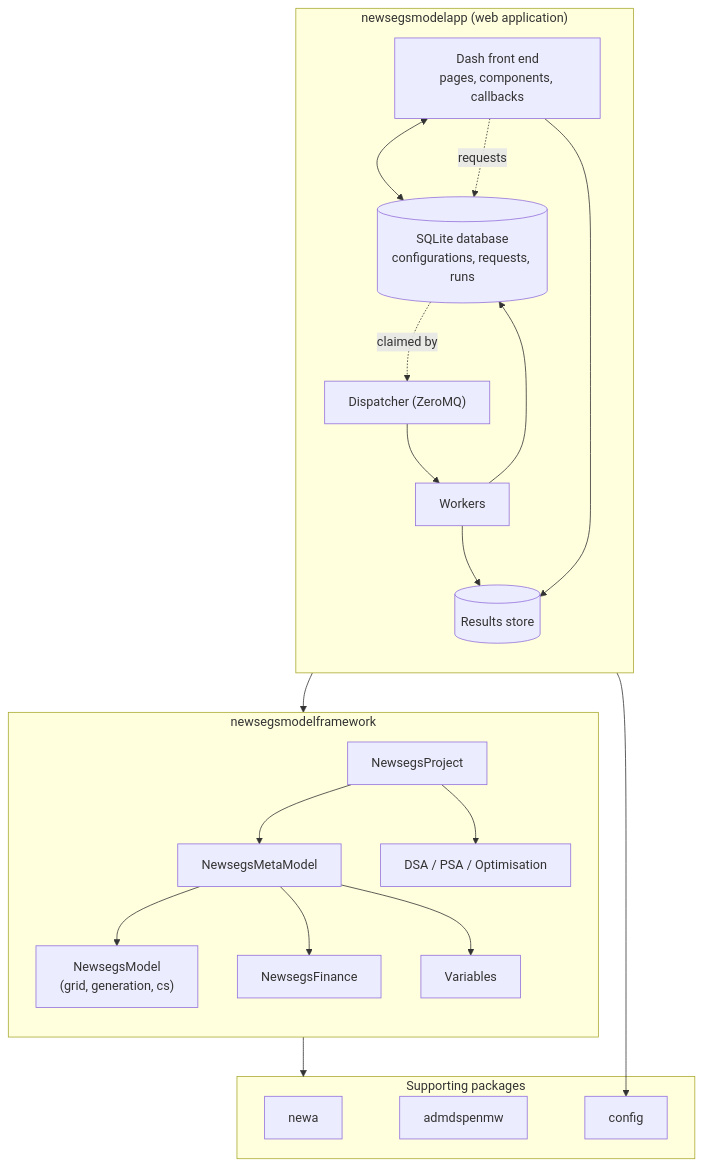
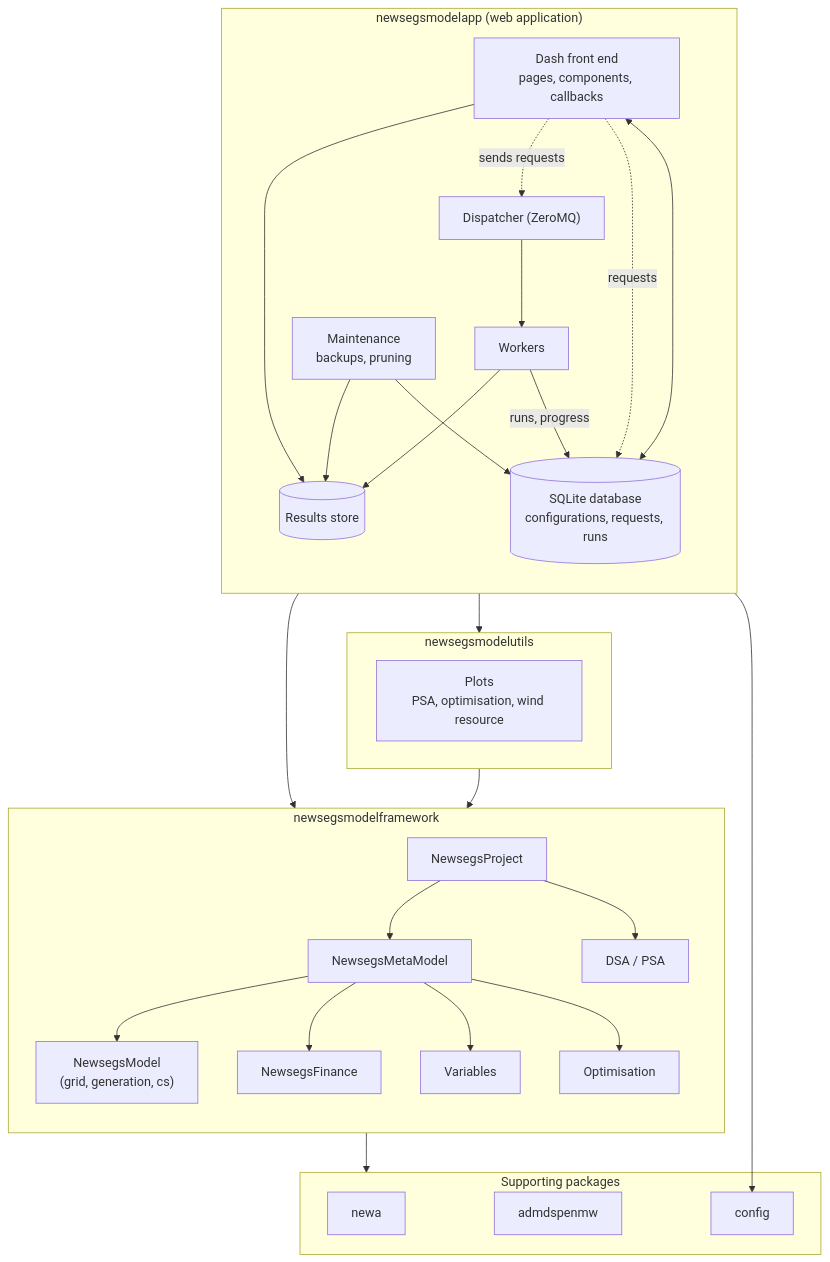
One commit to robyoung88/ca-wu-newsegs-model changed the diagram in docs/architecture.md. Above: the diagram before and after it, drawn with Mermaid. The commit also changed other lines of this file and 252 other files, not shown here.

````diff
--- a/docs/architecture.md
+++ b/docs/architecture.md
@@ -3,34 +3,43 @@
 ```mermaid
 flowchart TB
     subgraph app["newsegsmodelapp (web application)"]
         direction TB
         ui["Dash front end<br/>pages, components, callbacks"]
         db[("SQLite database<br/>configurations, requests, runs")]
         disp["Dispatcher (ZeroMQ)"]
         wrk["Workers"]
         store[("Results store")]
+        maint["Maintenance<br/>backups, pruning"]
         ui <--> db
         ui -. "requests" .-> db
-        db -. "claimed by" .-> disp
+        ui -. "sends requests" .-> disp
         disp --> wrk
+        wrk -- "runs, progress" --> db
         wrk --> store
-        wrk --> db
         ui --> store
+        maint --> db
+        maint --> store
     end
     subgraph fw["newsegsmodelframework"]
         direction TB
         proj["NewsegsProject"] --> mm["NewsegsMetaModel"]
         mm --> em["NewsegsModel<br/>(grid, generation, cs)"]
         mm --> fm["NewsegsFinance"]
         mm --> vars["Variables"]
-        proj --> sens["DSA / PSA / Optimisation"]
+        mm --> optim["Optimisation"]
+        proj --> sens["DSA / PSA"]
+    end
+    subgraph utils["newsegsmodelutils"]
+        plots["Plots<br/>PSA, optimisation, wind resource"]
     end
     subgraph support["Supporting packages"]
         newa["newa"]
         admd["admdspenmw"]
         cfg["config"]
     end
     app --> fw
+    app --> utils
+    utils --> fw
     fw --> support
     app --> cfg
 ```
````
